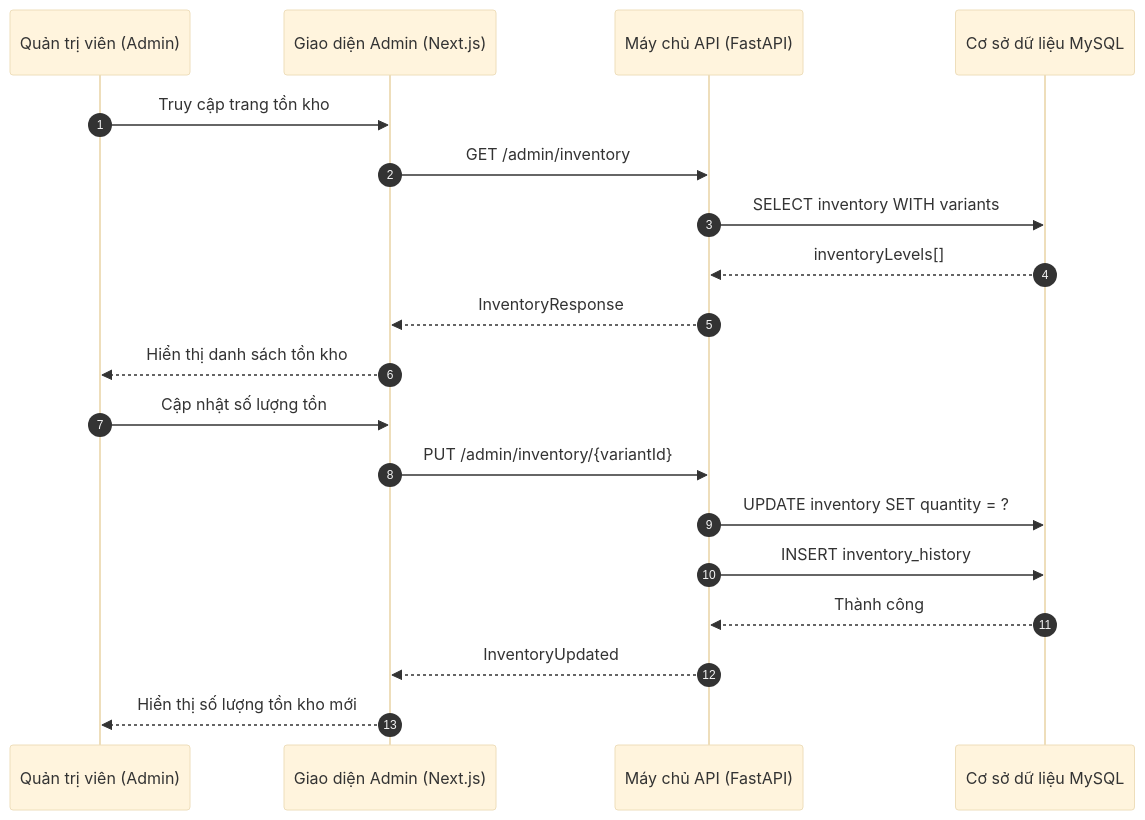
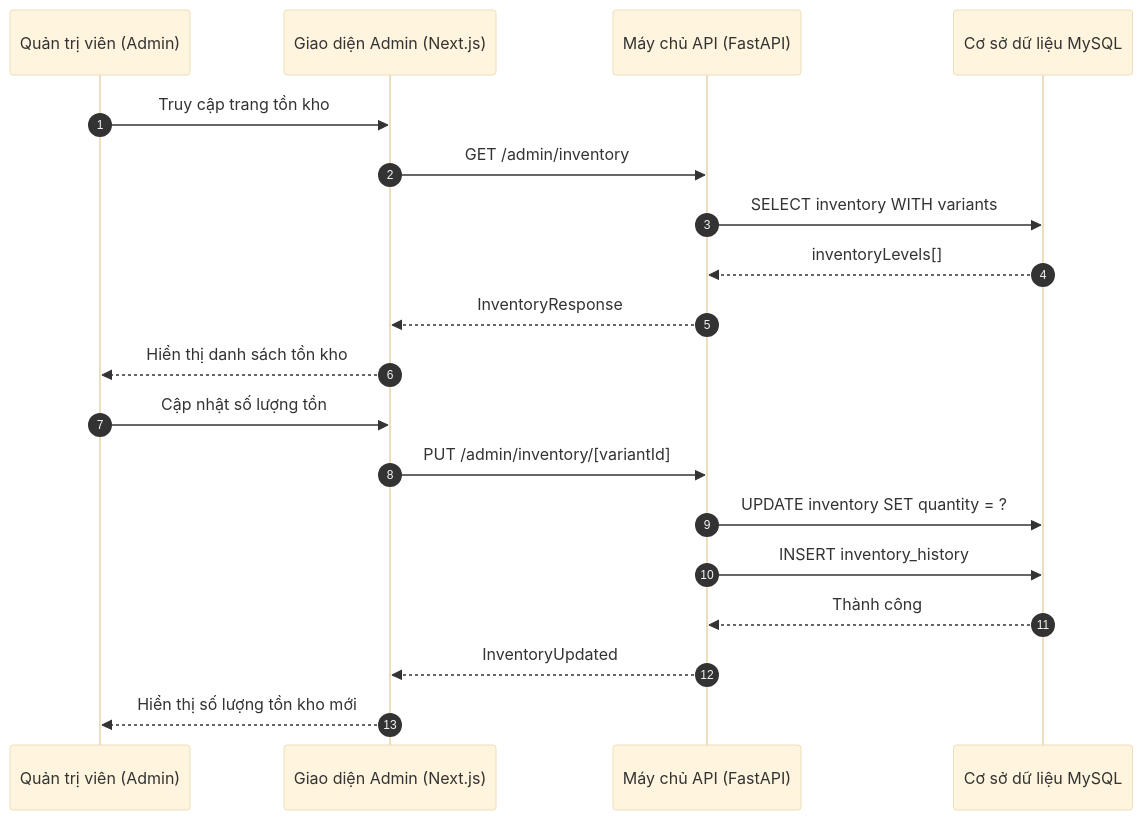
One commit to DanhTrannn/TLCN changed diagram 32 of 57 in docs/design-analysis/OOSAD_ANALYSIS.md. Above: the diagram before and after it, drawn with Mermaid (base theme). The commit also changed other lines of this file, not shown here.

````diff
--- a/docs/design-analysis/OOSAD_ANALYSIS.md
+++ b/docs/design-analysis/OOSAD_ANALYSIS.md
@@ -1482,23 +1482,23 @@
 ```mermaid
 sequenceDiagram
     autonumber
     participant A as Quản trị viên (Admin)
     participant FE as Giao diện Admin (Next.js)
     participant API as Máy chủ API (FastAPI)
     participant DB as Cơ sở dữ liệu MySQL
     
     A->>FE: Truy cập trang tồn kho
     FE->>API: GET /admin/inventory
     API->>DB: SELECT inventory WITH variants
     DB-->>API: inventoryLevels[]
     API-->>FE: InventoryResponse
     FE-->>A: Hiển thị danh sách tồn kho
     
     A->>FE: Cập nhật số lượng tồn
-    FE->>API: PUT /admin/inventory/{variantId}
+    FE->>API: PUT /admin/inventory/[variantId]
     API->>DB: UPDATE inventory SET quantity = ?
     API->>DB: INSERT inventory_history
     DB-->>API: Thành công
     API-->>FE: InventoryUpdated
     FE-->>A: Hiển thị số lượng tồn kho mới
 ```
````
